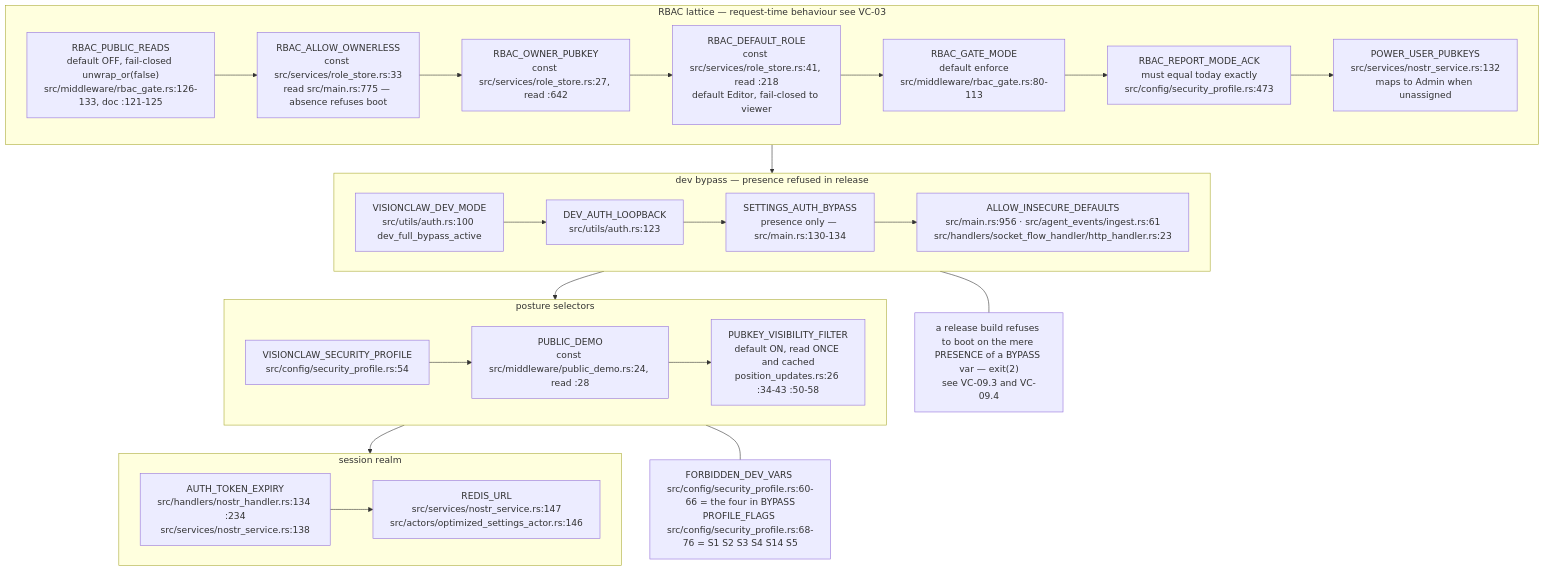
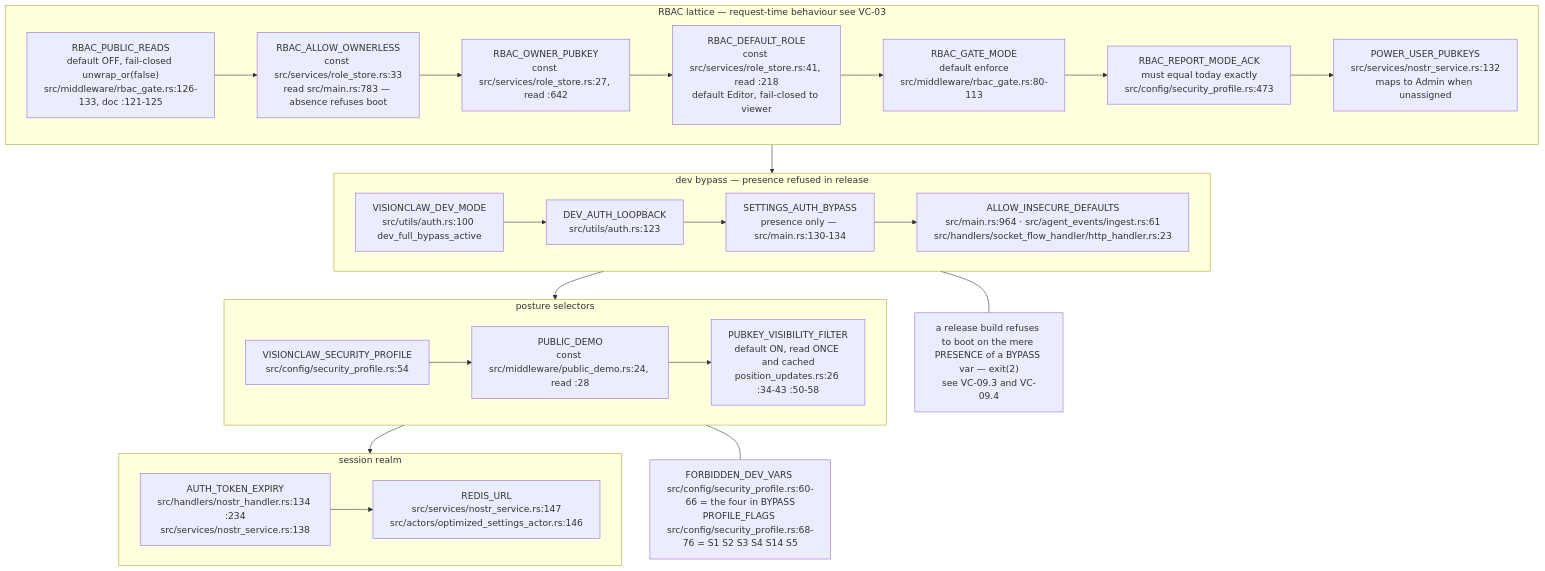
Before and after one commit to DreamLab-AI/VisionFlow: the ninth of 15 diagrams in docs/diagrams/visionclaw/09-config-and-env-flags.md, drawn with Mermaid. The commit also changed other lines of this file and 111 other files, not shown here.

Commit message:
docs(diagrams): align estate maps with current source

````diff
--- a/docs/diagrams/visionclaw/09-config-and-env-flags.md
+++ b/docs/diagrams/visionclaw/09-config-and-env-flags.md
@@ -408,20 +409,20 @@
 ```mermaid
 flowchart TB
     subgraph RBAC["RBAC lattice — request-time behaviour see VC-03"]
-        S1["RBAC_PUBLIC_READS<br/>default OFF, fail-closed unwrap_or(false)<br/>src/middleware/rbac_gate.rs:126-133, doc :121-125"] --> S2["RBAC_ALLOW_OWNERLESS<br/>const src/services/role_store.rs:33<br/>read src/main.rs:775 — absence refuses boot"] --> S3["RBAC_OWNER_PUBKEY<br/>const src/services/role_store.rs:27, read :642"] --> S4["RBAC_DEFAULT_ROLE<br/>const src/services/role_store.rs:41, read :218<br/>default Editor, fail-closed to viewer"] --> S5["RBAC_GATE_MODE<br/>default enforce<br/>src/middleware/rbac_gate.rs:80-113"] --> S6["RBAC_REPORT_MODE_ACK<br/>must equal today exactly<br/>src/config/security_profile.rs:473"] --> S7["POWER_USER_PUBKEYS<br/>src/services/nostr_service.rs:132<br/>maps to Admin when unassigned"]
+        S1["RBAC_PUBLIC_READS<br/>default OFF, fail-closed unwrap_or(false)<br/>src/middleware/rbac_gate.rs:126-133, doc :121-125"] --> S2["RBAC_ALLOW_OWNERLESS<br/>const src/services/role_store.rs:33<br/>read src/main.rs:783 — absence refuses boot"] --> S3["RBAC_OWNER_PUBKEY<br/>const src/services/role_store.rs:27, read :642"] --> S4["RBAC_DEFAULT_ROLE<br/>const src/services/role_store.rs:41, read :218<br/>default Editor, fail-closed to viewer"] --> S5["RBAC_GATE_MODE<br/>default enforce<br/>src/middleware/rbac_gate.rs:80-113"] --> S6["RBAC_REPORT_MODE_ACK<br/>must equal today exactly<br/>src/config/security_profile.rs:473"] --> S7["POWER_USER_PUBKEYS<br/>src/services/nostr_service.rs:132<br/>maps to Admin when unassigned"]
     end
     subgraph BYPASS["dev bypass — presence refused in release"]
-        S8["VISIONCLAW_DEV_MODE<br/>src/utils/auth.rs:100 dev_full_bypass_active"] --> S9["DEV_AUTH_LOOPBACK<br/>src/utils/auth.rs:123"] --> S10["SETTINGS_AUTH_BYPASS<br/>presence only — src/main.rs:130-134"] --> S11["ALLOW_INSECURE_DEFAULTS<br/>src/main.rs:956 · src/agent_events/ingest.rs:61<br/>src/handlers/socket_flow_handler/http_handler.rs:23"]
+        S8["VISIONCLAW_DEV_MODE<br/>src/utils/auth.rs:100 dev_full_bypass_active"] --> S9["DEV_AUTH_LOOPBACK<br/>src/utils/auth.rs:123"] --> S10["SETTINGS_AUTH_BYPASS<br/>presence only — src/main.rs:130-134"] --> S11["ALLOW_INSECURE_DEFAULTS<br/>src/main.rs:964 · src/agent_events/ingest.rs:61<br/>src/handlers/socket_flow_handler/http_handler.rs:23"]
     end
     subgraph POSTURE["posture selectors"]
         S12["VISIONCLAW_SECURITY_PROFILE<br/>src/config/security_profile.rs:54"] --> S13["PUBLIC_DEMO<br/>const src/middleware/public_demo.rs:24, read :28"] --> S14["PUBKEY_VISIBILITY_FILTER<br/>default ON, read ONCE and cached<br/>position_updates.rs:26 :34-43 :50-58"]
     end
     subgraph SESS["session realm"]
         S15["AUTH_TOKEN_EXPIRY<br/>src/handlers/nostr_handler.rs:134 :234<br/>src/services/nostr_service.rs:138"] --> S16["REDIS_URL<br/>src/services/nostr_service.rs:147<br/>src/actors/optimized_settings_actor.rs:146"]
     end
     RBAC --> BYPASS --> POSTURE --> SESS
     N2["FORBIDDEN_DEV_VARS src/config/security_profile.rs:60-66 = the four in BYPASS<br/>PROFILE_FLAGS src/config/security_profile.rs:68-76 = S1 S2 S3 S4 S14 S5"]
     POSTURE --- N2
     N3["a release build refuses to boot on the mere PRESENCE of a BYPASS var — exit(2)<br/>see VC-09.3 and VC-09.4"]
     BYPASS --- N3
 ```
````
